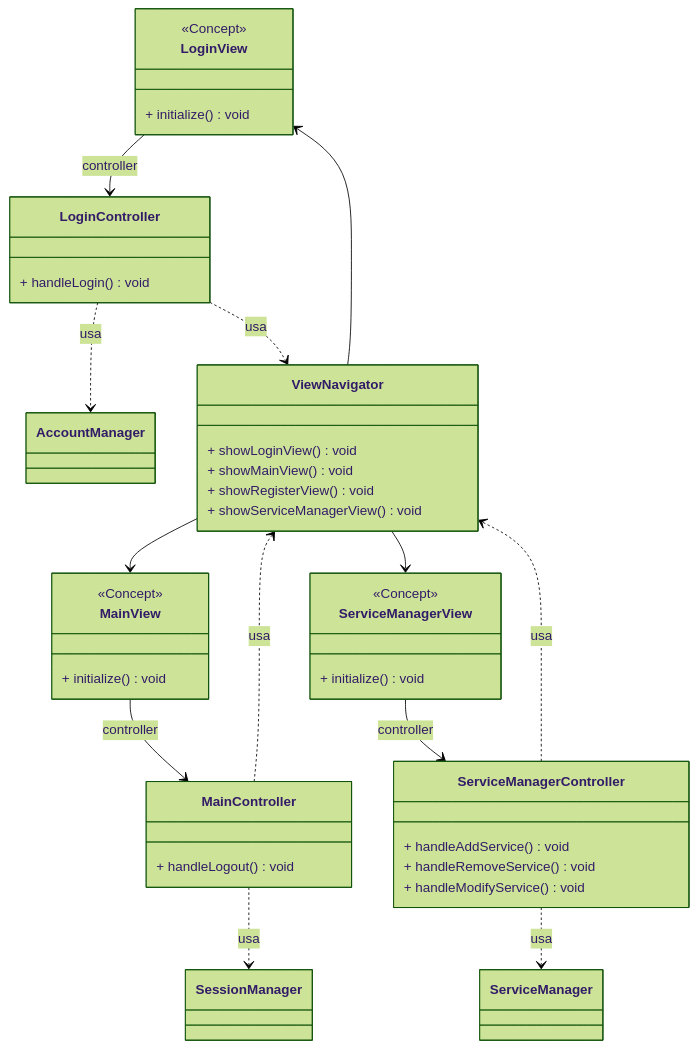
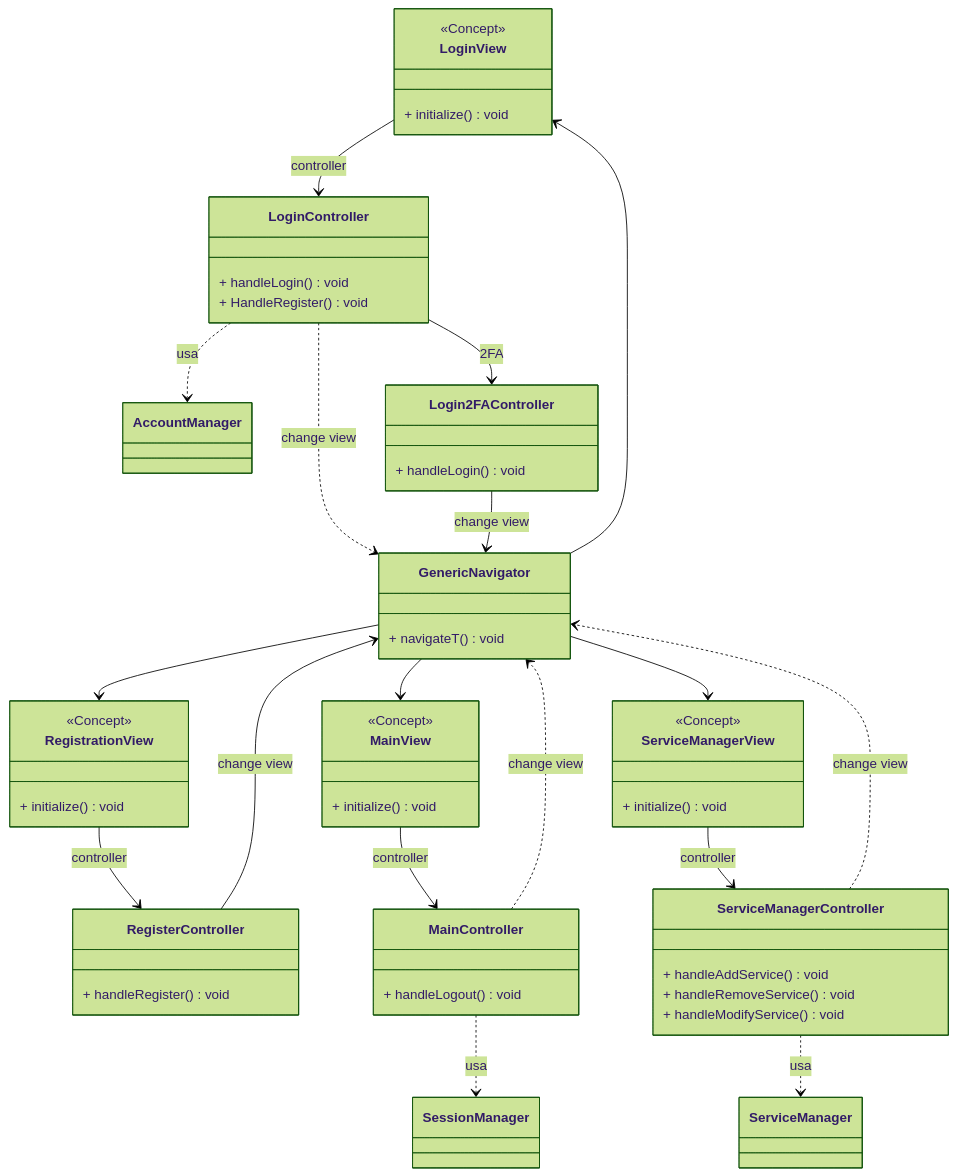
Before and after one commit to ZY-UNIVERSITA/Progetto-OOP: the second of 14 diagrams in Report.md, drawn with Mermaid (forest theme). The commit also changed other lines of this file, not shown here.

Commit message:
Update view architecture

````diff
--- a/Report.md
+++ b/Report.md
@@ -143,65 +143,85 @@
 ```mermaid
 
 classDiagram
 
     %% Model
     class AccountManager
 
     class ServiceManager
 
     class SessionManager
 
     %% View
     class LoginView {
         <<Concept>>
         + initialize() void
     }
 
+    class RegistrationView {
+        <<Concept>>
+        + initialize() void
+    }
+
     class MainView {
         <<Concept>>
         + initialize() void
     }
 
     class ServiceManagerView {
         <<Concept>>
         + initialize() void
     }
 
     %% Controller
     class LoginController {
         + handleLogin() void
+        + HandleRegister() void
+    }
+
+    class Login2FAController {
+        + handleLogin() void
+    }
+
+    class RegisterController {
+        + handleRegister() void
     }
 
     class MainController {
         + handleLogout() void
     }
 
     class ServiceManagerController {
         + handleAddService() void
         + handleRemoveService() void
         + handleModifyService() void
     }
 
-    class ViewNavigator {
-        + showLoginView() void
-        + showMainView() void
-        + showRegisterView() void
-        + showServiceManagerView() void
+    class GenericNavigator {
+        + navigateT() void
     }
 
     LoginView --> LoginController : controller
+    RegistrationView --> RegisterController: controller
     MainView --> MainController : controller
     ServiceManagerView --> ServiceManagerController : controller
 
     LoginController ..> AccountManager : usa
     MainController ..> SessionManager : usa
     ServiceManagerController ..> ServiceManager : usa
 
-    ViewNavigator --> LoginView
-    ViewNavigator --> MainView
-    ViewNavigator --> ServiceManagerView
-    LoginController ..> ViewNavigator : usa
-    MainController ..> ViewNavigator : usa
-    ServiceManagerController ..> ViewNavigator : usa
+    GenericNavigator --> LoginView
+    GenericNavigator --> MainView
+    GenericNavigator --> ServiceManagerView
+    GenericNavigator --> RegistrationView
+
+    LoginController --> Login2FAController : 2FA
+
+    LoginController ..> GenericNavigator : change view
+    Login2FAController --> GenericNavigator : change view
+    RegisterController --> GenericNavigator: change view
+    MainController ..> GenericNavigator : change view
+    ServiceManagerController ..> GenericNavigator : change view
+
+
 
 ```
````
